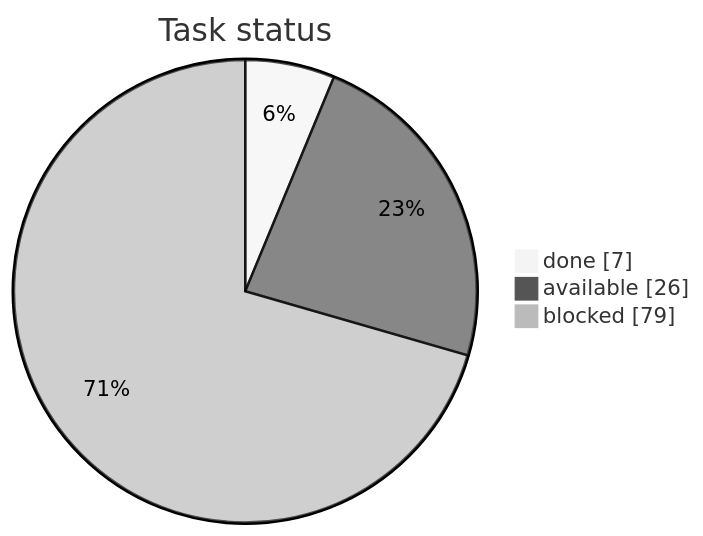
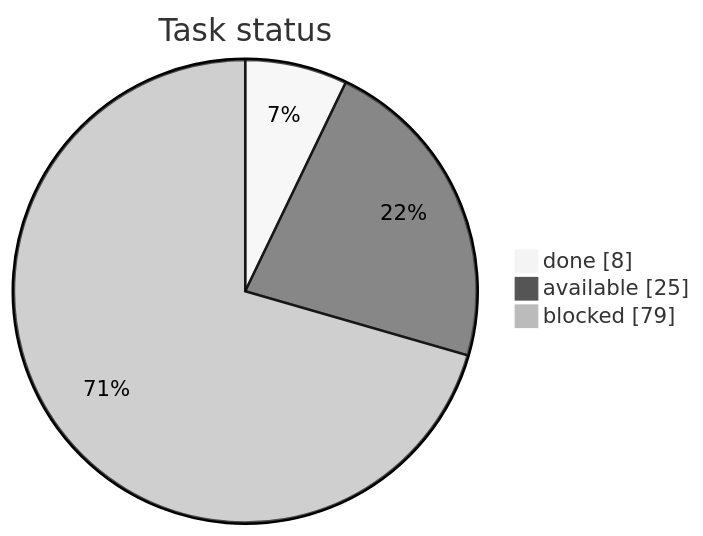
One commit to artemiiShabanov/RallyRivals changed the first of 3 diagrams in STATUS.md. Above: the diagram before and after it, drawn with Mermaid (neutral theme). The commit also changed other lines of this file and 2 other files, not shown here.

````diff
--- a/STATUS.md
+++ b/STATUS.md
@@ -7,7 +7,7 @@
 ```mermaid
 pie showData
     title Task status
-    "done" : 7
-    "available" : 26
+    "done" : 8
+    "available" : 25
     "blocked" : 79
 ```
````
